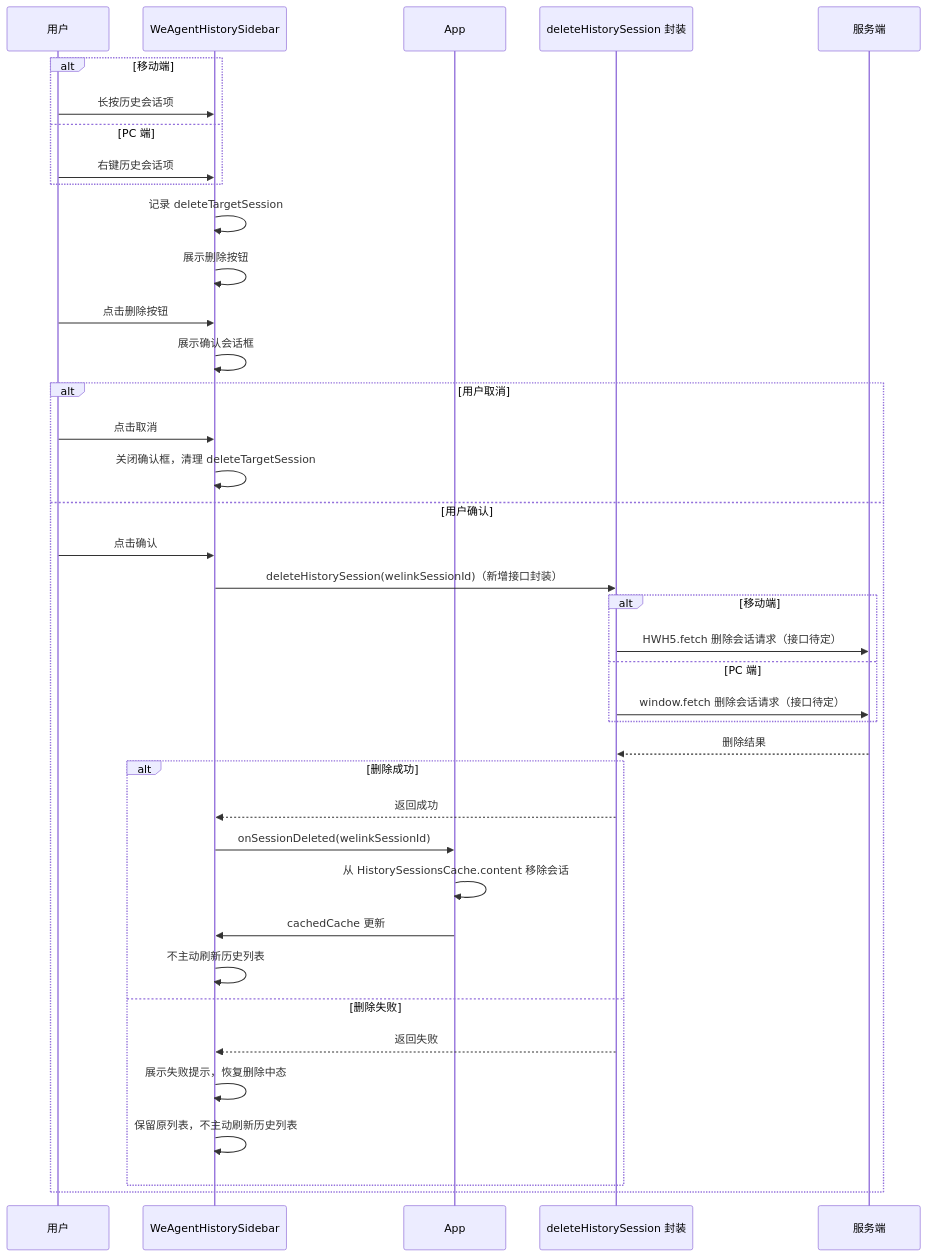
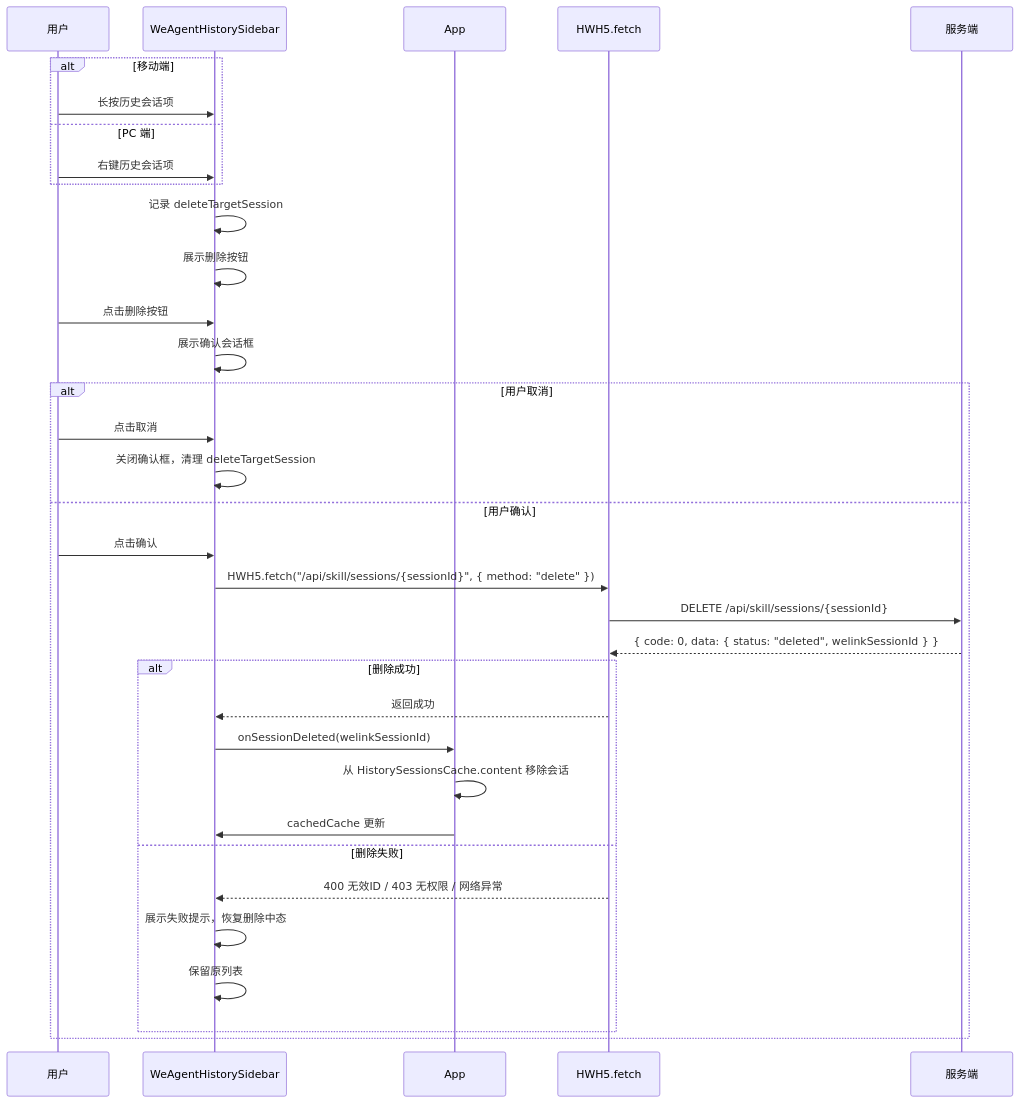
Before and after one commit to Abelsjcheng/skillSDK: the third of 5 diagrams in ai-chat-viewer/docs/plans/2026-06-04-we-agent-history-session-delete-plan.md, drawn with Mermaid. The commit also changed other lines of this file and 22 other files, not shown here.

Commit message:
feat(we-agent): support history session deletion

````diff
--- a/ai-chat-viewer/docs/plans/2026-06-04-we-agent-history-session-delete-plan.md
+++ b/ai-chat-viewer/docs/plans/2026-06-04-we-agent-history-session-delete-plan.md
@@ -91,43 +93,38 @@
 ```mermaid
 sequenceDiagram
     participant User as 用户
     participant Sidebar as WeAgentHistorySidebar
     participant App as App
-    participant API as deleteHistorySession 封装
+    participant API as HWH5.fetch
     participant Server as 服务端
 
     alt 移动端
         User->>Sidebar: 长按历史会话项
     else PC 端
         User->>Sidebar: 右键历史会话项
     end
     Sidebar->>Sidebar: 记录 deleteTargetSession
     Sidebar->>Sidebar: 展示删除按钮
     User->>Sidebar: 点击删除按钮
     Sidebar->>Sidebar: 展示确认会话框
 
     alt 用户取消
         User->>Sidebar: 点击取消
         Sidebar->>Sidebar: 关闭确认框，清理 deleteTargetSession
     else 用户确认
         User->>Sidebar: 点击确认
-        Sidebar->>API: deleteHistorySession(welinkSessionId)（新增接口封装）
-        alt 移动端
-            API->>Server: HWH5.fetch 删除会话请求（接口待定）
-        else PC 端
-            API->>Server: window.fetch 删除会话请求（接口待定）
-        end
-        Server-->>API: 删除结果
+        Sidebar->>API: HWH5.fetch("/api/skill/sessions/{sessionId}", { method: "delete" })
+        API->>Server: DELETE /api/skill/sessions/{sessionId}
+        Server-->>API: { code: 0, data: { status: "deleted", welinkSessionId } }
         alt 删除成功
             API-->>Sidebar: 返回成功
             Sidebar->>App: onSessionDeleted(welinkSessionId)
             App->>App: 从 HistorySessionsCache.content 移除会话
             App->>Sidebar: cachedCache 更新
-            Sidebar->>Sidebar: 不主动刷新历史列表
         else 删除失败
-            API-->>Sidebar: 返回失败
+            API-->>Sidebar: 400 无效ID / 403 无权限 / 网络异常
             Sidebar->>Sidebar: 展示失败提示，恢复删除中态
-            Sidebar->>Sidebar: 保留原列表，不主动刷新历史列表
+            Sidebar->>Sidebar: 保留原列表
         end
     end
 ```
````
